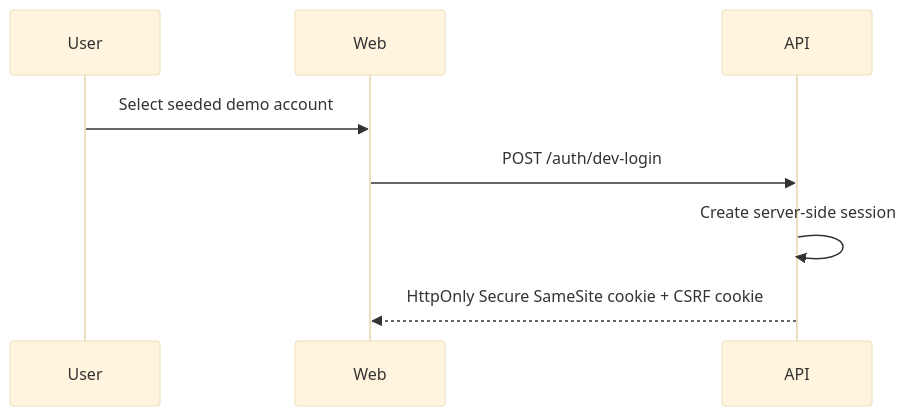
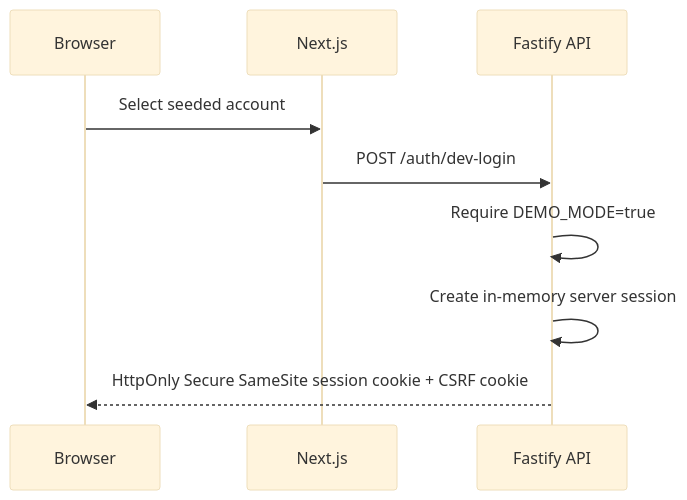
The second of 3 diagrams in docs/security/architecture.md (IoanGogozan/TrustVault-Lite), drawn with Mermaid (base theme) before and after one commit. The commit also changed other lines of this file and 22 other files, not shown here.

````diff
--- a/docs/security/architecture.md
+++ b/docs/security/architecture.md
@@ -40,11 +32,12 @@
 ```mermaid
 sequenceDiagram
-  participant U as User
-  participant W as Web
-  participant A as API
+  participant U as Browser
+  participant W as Next.js
+  participant A as Fastify API
 
-  U->>W: Select seeded demo account
+  U->>W: Select seeded account
   W->>A: POST /auth/dev-login
-  A->>A: Create server-side session
-  A-->>W: HttpOnly Secure SameSite cookie + CSRF cookie
+  A->>A: Require DEMO_MODE=true
+  A->>A: Create in-memory server session
+  A-->>U: HttpOnly Secure SameSite session cookie + CSRF cookie
 ```
````
